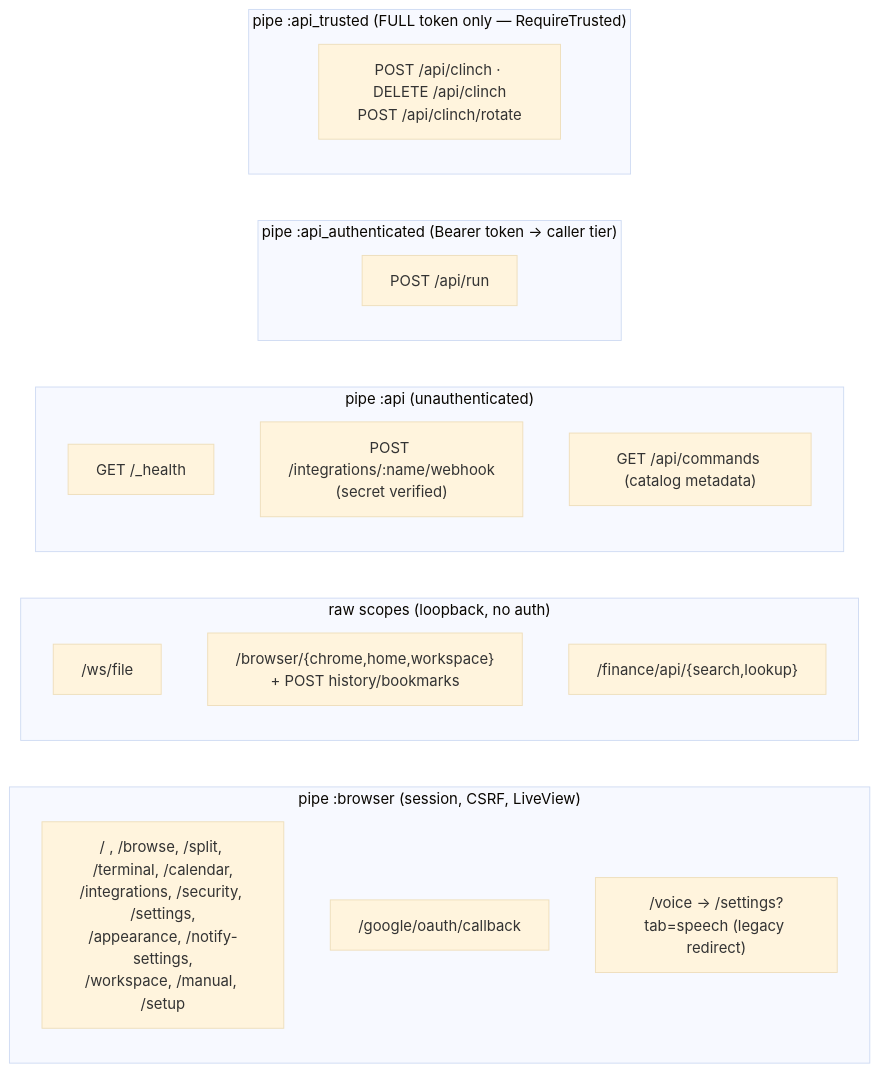
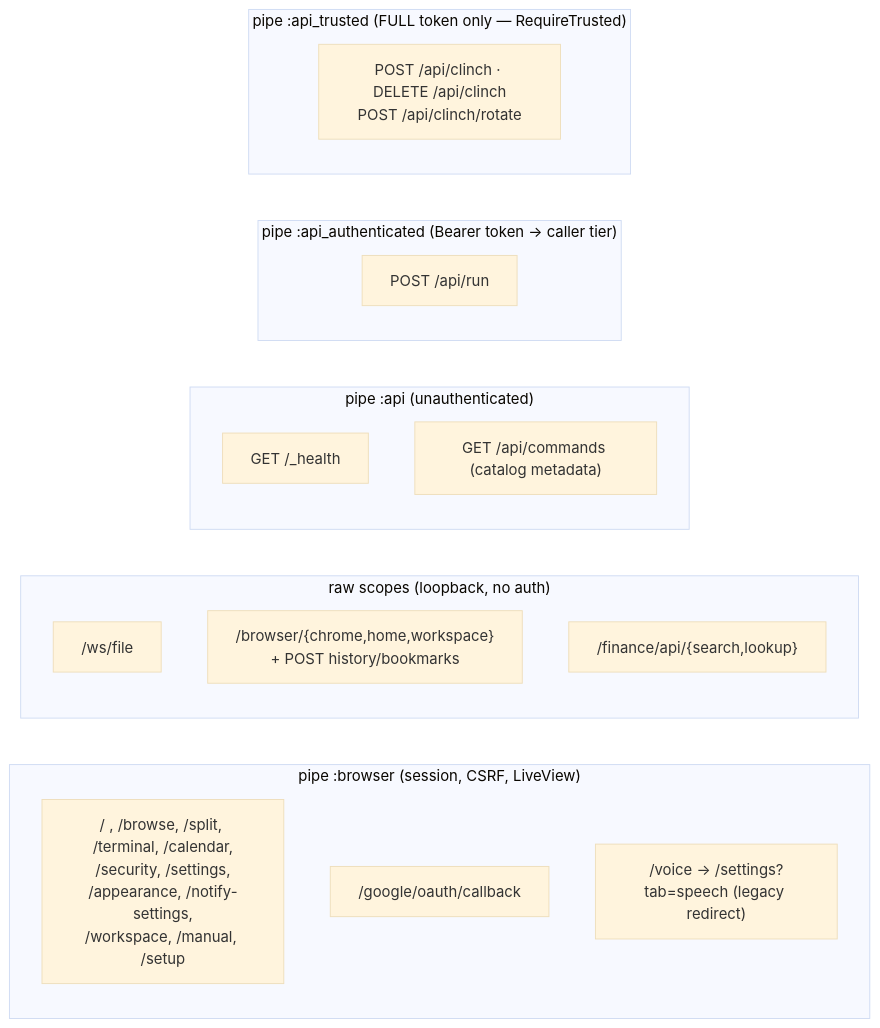
The eighth of 8 diagrams in docs/UML.md (hightowerbuilds/buster-claw), drawn with Mermaid (base theme) before and after one commit. The commit also changed other lines of this file and 49 other files, not shown here.

````diff
--- a/docs/UML.md
+++ b/docs/UML.md
@@ -348,24 +329,23 @@
 ```mermaid
 flowchart LR
     subgraph browser["pipe :browser (session, CSRF, LiveView)"]
-        R1["/ , /browse, /split, /terminal, /calendar,<br/>/integrations, /security, /settings,<br/>/appearance, /notify-settings,<br/>/workspace, /manual, /setup"]
+        R1["/ , /browse, /split, /terminal, /calendar,<br/>/security, /settings,<br/>/appearance, /notify-settings,<br/>/workspace, /manual, /setup"]
         R2["/google/oauth/callback"]
         R3["/voice → /settings?tab=speech (legacy redirect)"]
     end
     subgraph raw["raw scopes (loopback, no auth)"]
         W1["/ws/file"]
         W2["/browser/{chrome,home,workspace}<br/>+ POST history/bookmarks"]
         W3["/finance/api/{search,lookup}"]
     end
     subgraph api["pipe :api (unauthenticated)"]
         H1["GET /_health"]
-        H2["POST /integrations/:name/webhook<br/>(secret verified)"]
         H4["GET /api/commands (catalog metadata)"]
     end
     subgraph auth["pipe :api_authenticated (Bearer token → caller tier)"]
         A1["POST /api/run"]
     end
     subgraph trusted["pipe :api_trusted (FULL token only — RequireTrusted)"]
         C1["POST /api/clinch · DELETE /api/clinch<br/>POST /api/clinch/rotate"]
     end
 ```
````
